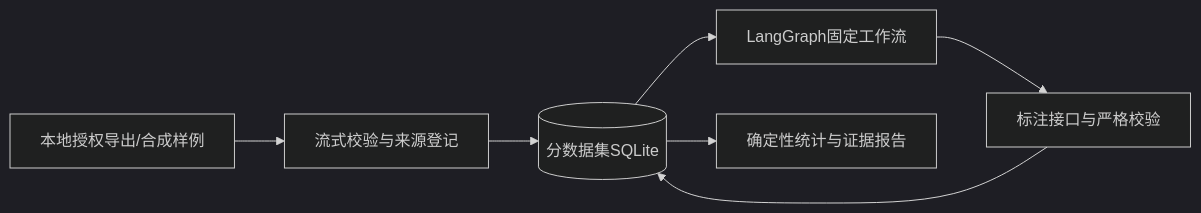
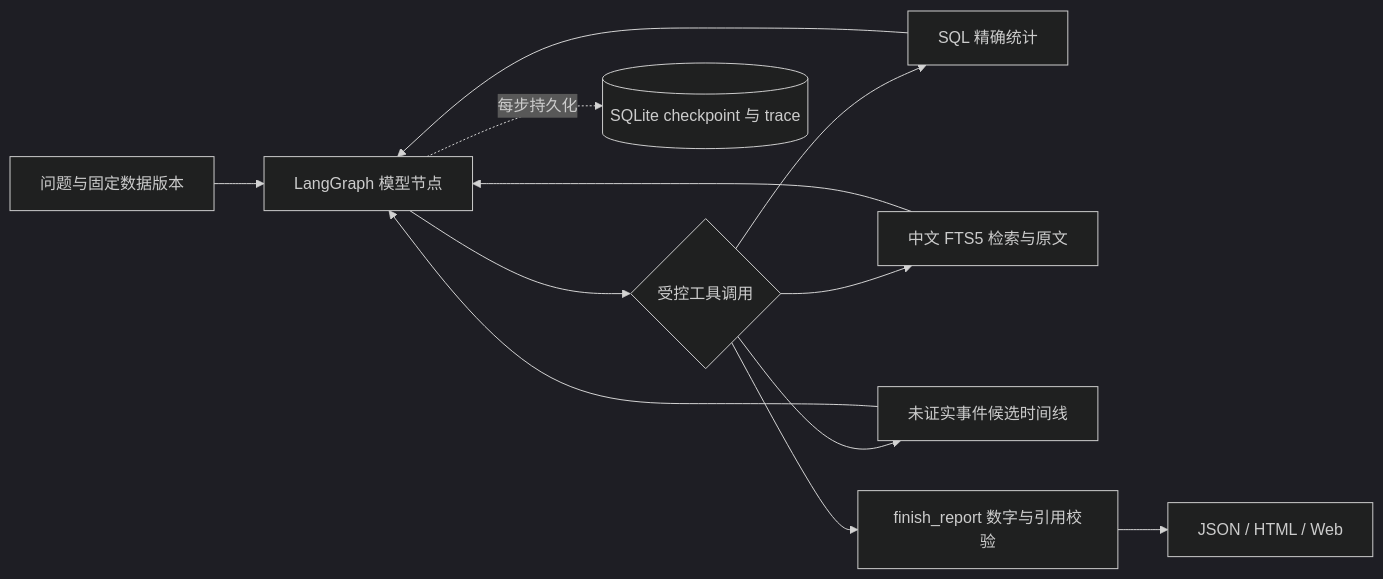
One commit to soso23412/metroinsight-agent changed the diagram in README.md. Above: the diagram before and after it, drawn with Mermaid (dark theme). The commit also changed other lines of this file and 57 other files, not shown here.

````diff
--- a/README.md
+++ b/README.md
@@ -77,9 +35,14 @@
 ```mermaid
 flowchart LR
-  A[本地授权导出/合成样例] --> B[流式校验与来源登记]
-  B --> C[(分数据集SQLite)]
-  C --> D[LangGraph固定工作流]
-  D --> E[标注接口与严格校验]
-  E --> C
-  C --> F[确定性统计与证据报告]
+    A[问题与固定数据版本] --> B[LangGraph 模型节点]
+    B --> C{受控工具调用}
+    C --> D[SQL 精确统计]
+    C --> E[中文 FTS5 检索与原文]
+    C --> F[未证实事件候选时间线]
+    D --> B
+    E --> B
+    F --> B
+    C --> G[finish_report 数字与引用校验]
+    G --> H[JSON / HTML / Web]
+    B -.每步持久化.-> J[(SQLite checkpoint 与 trace)]
 ```
````
